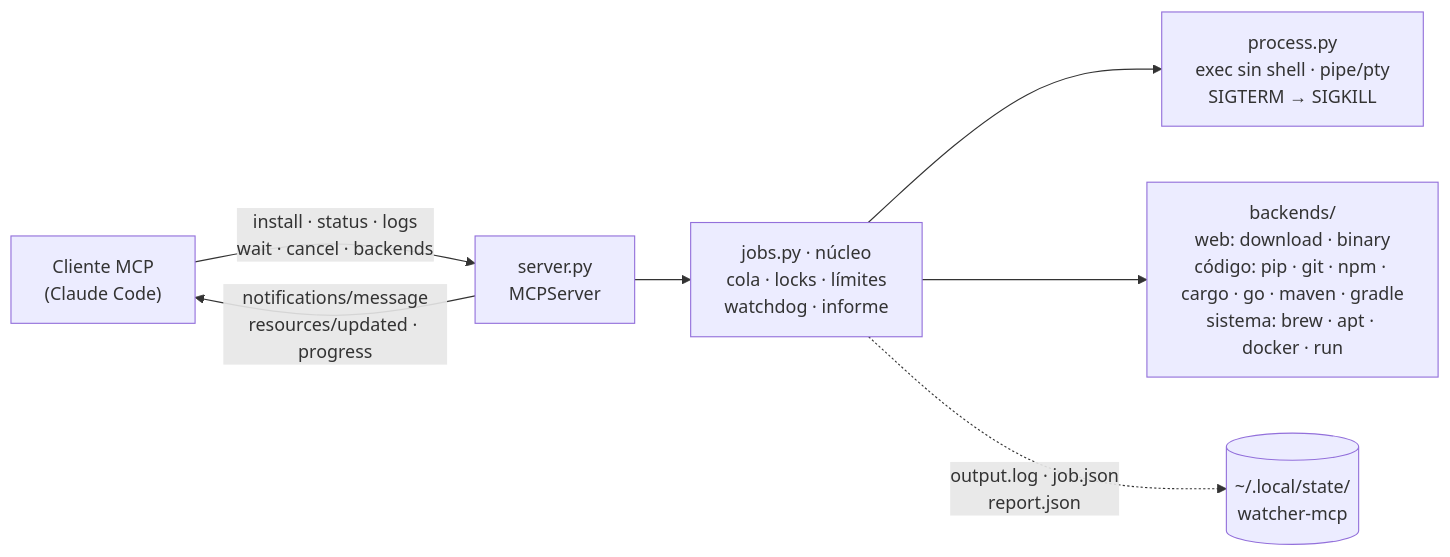
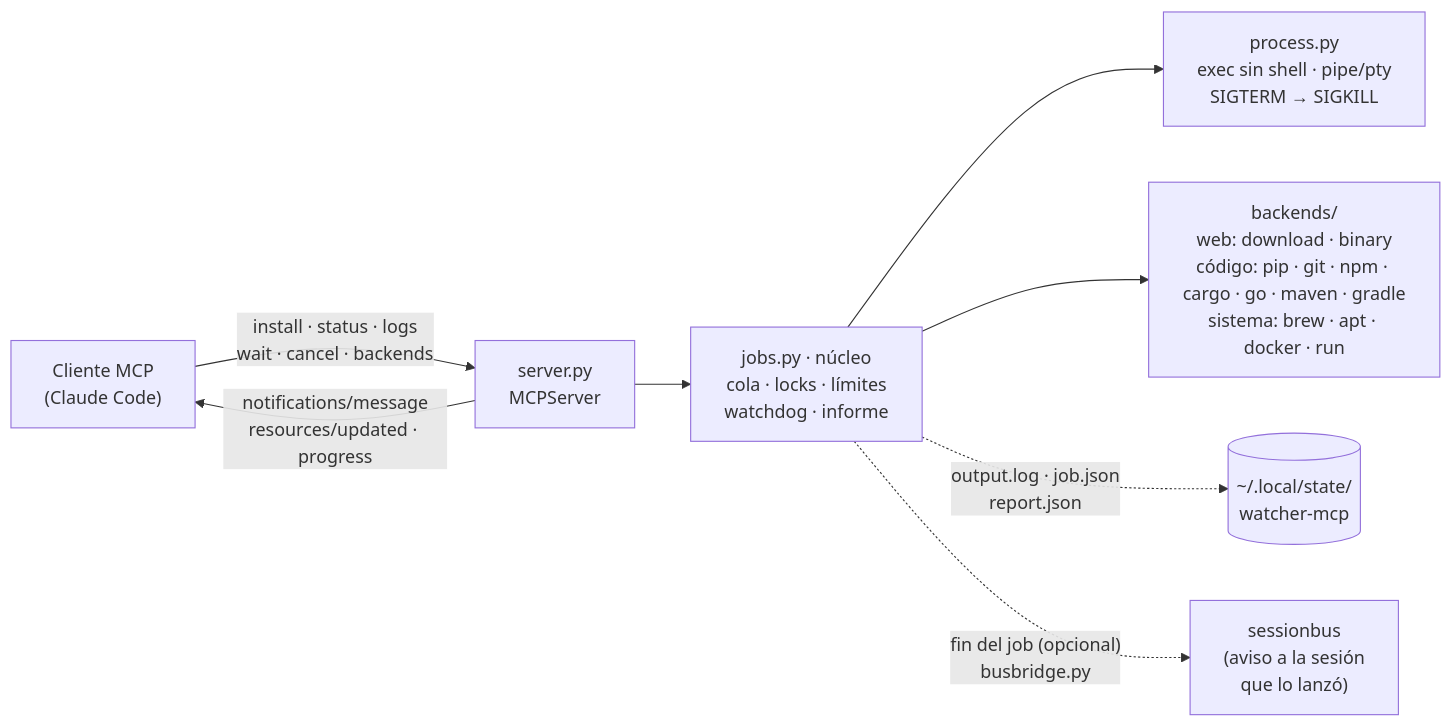
One commit to Eliaxs1900/install-mcp changed the diagram in README.md. Above: the diagram before and after it, drawn with Mermaid. The commit also changed other lines of this file and 1 other file, not shown here.

````diff
--- a/README.md
+++ b/README.md
@@ -122,9 +122,10 @@
 ```mermaid
 flowchart LR
     C["Cliente MCP<br/>(Claude Code)"] -- "install · status · logs<br/>wait · cancel · backends" --> S["server.py<br/>MCPServer"]
     S -- "notifications/message<br/>resources/updated · progress" --> C
     S --> J["jobs.py · núcleo<br/>cola · locks · límites<br/>watchdog · informe"]
     J --> P["process.py<br/>exec sin shell · pipe/pty<br/>SIGTERM → SIGKILL"]
     J --> B["backends/<br/>web: download · binary<br/>código: pip · git · npm · cargo · go · maven · gradle<br/>sistema: brew · apt · docker · run"]
     J -. "output.log · job.json<br/>report.json" .-> D[("~/.local/state/<br/>watcher-mcp")]
+    J -. "fin del job (opcional)<br/>busbridge.py" .-> SB["sessionbus<br/>(aviso a la sesión<br/>que lo lanzó)"]
 ```
````
